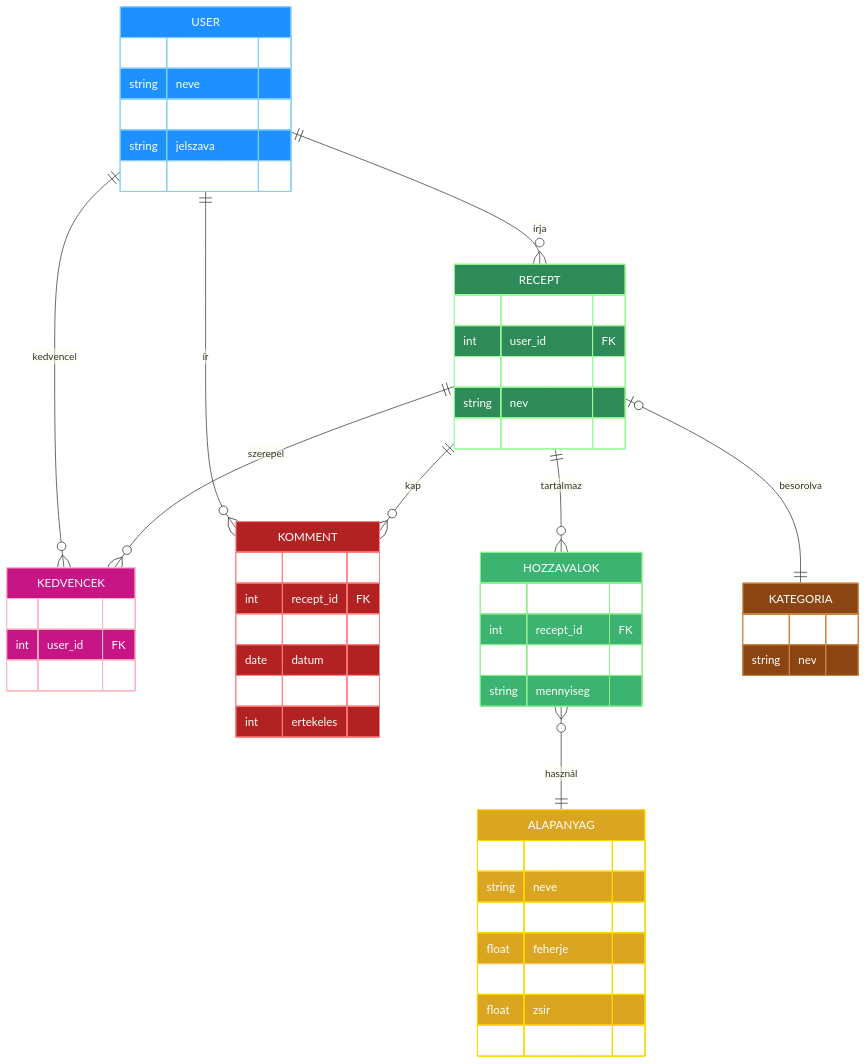
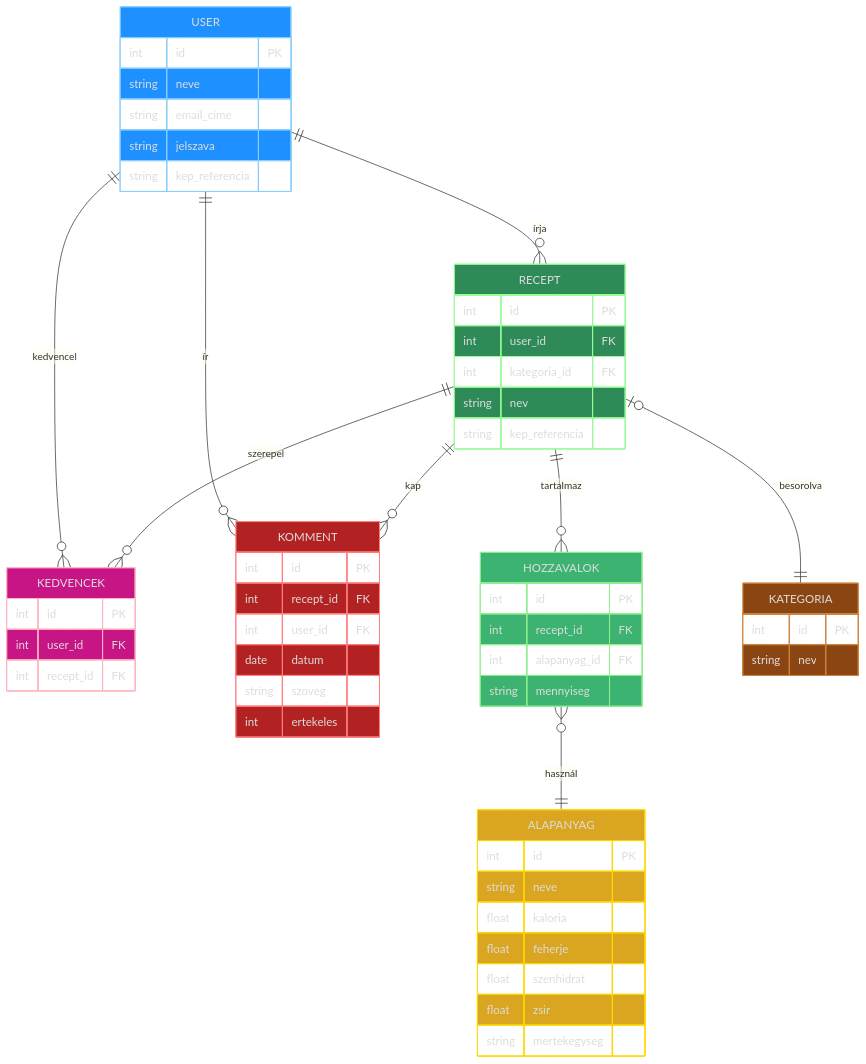
The ninth of 9 diagrams in docs/1.Rendszerterv dokumentáció.MD (bencebenko/afp-recipe-sharing), drawn with Mermaid before and after one commit. The commit also changed other lines of this file, not shown here.

Commit message:
Changed ER from LR to TD for better result and changed DS text color to work on github light mode too

````diff
--- a/docs/1.Rendszerterv dokumentáció.MD
+++ b/docs/1.Rendszerterv dokumentáció.MD
@@ -520,77 +520,77 @@
 ```mermaid
 erDiagram
     %% === ENTITÁSOK ===
     USER {
         int id PK
         string neve
         string email_cime
         string jelszava
         string kep_referencia
     }
 
     KEDVENCEK {
         int id PK
         int user_id FK
         int recept_id FK
     }
 
     KOMMENT {
         int id PK
         int recept_id FK
         int user_id FK
         date datum
         string szoveg
         int ertekeles
     }
 
     RECEPT {
         int id PK
         int user_id FK
         int kategoria_id FK
         string nev
         string kep_referencia
     }
 
     HOZZAVALOK {
         int id PK
         int recept_id FK
         int alapanyag_id FK
         string mennyiseg
     }
 
     ALAPANYAG {
         int id PK
         string neve
         float kaloria
         float feherje
         float szenhidrat
         float zsir
         string mertekegyseg
     }
 
     KATEGORIA {
         int id PK
         string nev
     }
 
     %% === KAPCSOLATOK ===
     USER ||--o{ RECEPT : "írja"
     USER ||--o{ KOMMENT : "ír"
     USER ||--o{ KEDVENCEK : "kedvencel"
 
     RECEPT ||--o{ HOZZAVALOK : "tartalmaz"
     RECEPT ||--o{ KOMMENT : "kap"
     RECEPT ||--o{ KEDVENCEK : "szerepel"
     RECEPT o|--|| KATEGORIA : "besorolva"
     HOZZAVALOK }o--|| ALAPANYAG : "használ"
 
     %% === STÍLUSOK ===
-    style USER fill:#1E90FF,stroke:#87CEFA,stroke-width:1px,color:#fff
-    style RECEPT fill:#2E8B57,stroke:#98FB98,stroke-width:1px,color:#fff
-    style HOZZAVALOK fill:#3CB371,stroke:#90EE90,stroke-width:1px,color:#fff
-    style ALAPANYAG fill:#DAA520,stroke:#FFD700,stroke-width:1px,color:#fff
-    style KATEGORIA fill:#8B4513,stroke:#CD853F,stroke-width:1px,color:#fff
-    style KOMMENT fill:#B22222,stroke:#FF7F7F,stroke-width:1px,color:#fff
-    style KEDVENCEK fill:#C71585,stroke:#FFB6C1,stroke-width:1px,color:#fff
+    style USER fill:#1E90FF,stroke:#87CEFA,stroke-width:1px,color:#ddd
+    style RECEPT fill:#2E8B57,stroke:#98FB98,stroke-width:1px,color:#ddd
+    style HOZZAVALOK fill:#3CB371,stroke:#90EE90,stroke-width:1px,color:#ddd
+    style ALAPANYAG fill:#DAA520,stroke:#FFD700,stroke-width:1px,color:#ddd
+    style KATEGORIA fill:#8B4513,stroke:#CD853F,stroke-width:1px,color:#ddd
+    style KOMMENT fill:#B22222,stroke:#FF7F7F,stroke-width:1px,color:#ddd
+    style KEDVENCEK fill:#C71585,stroke:#FFB6C1,stroke-width:1px,color:#ddd
 
 ```
````
